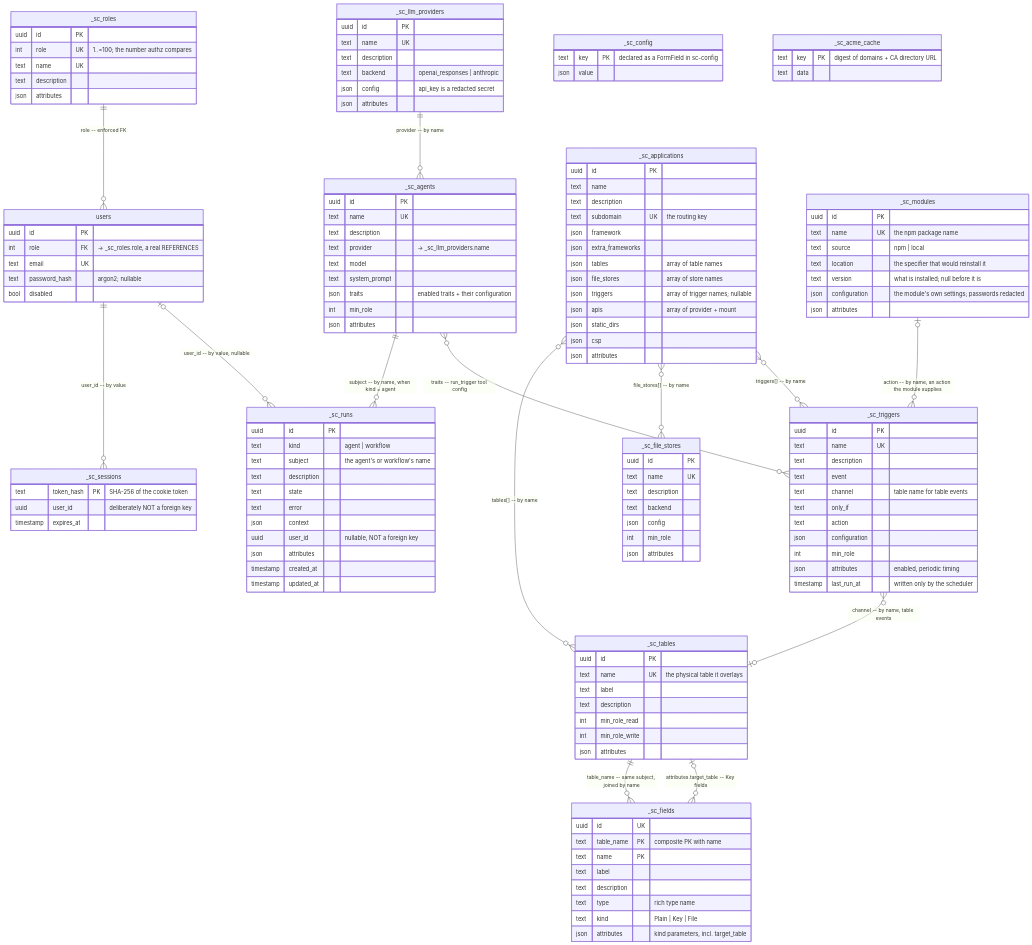
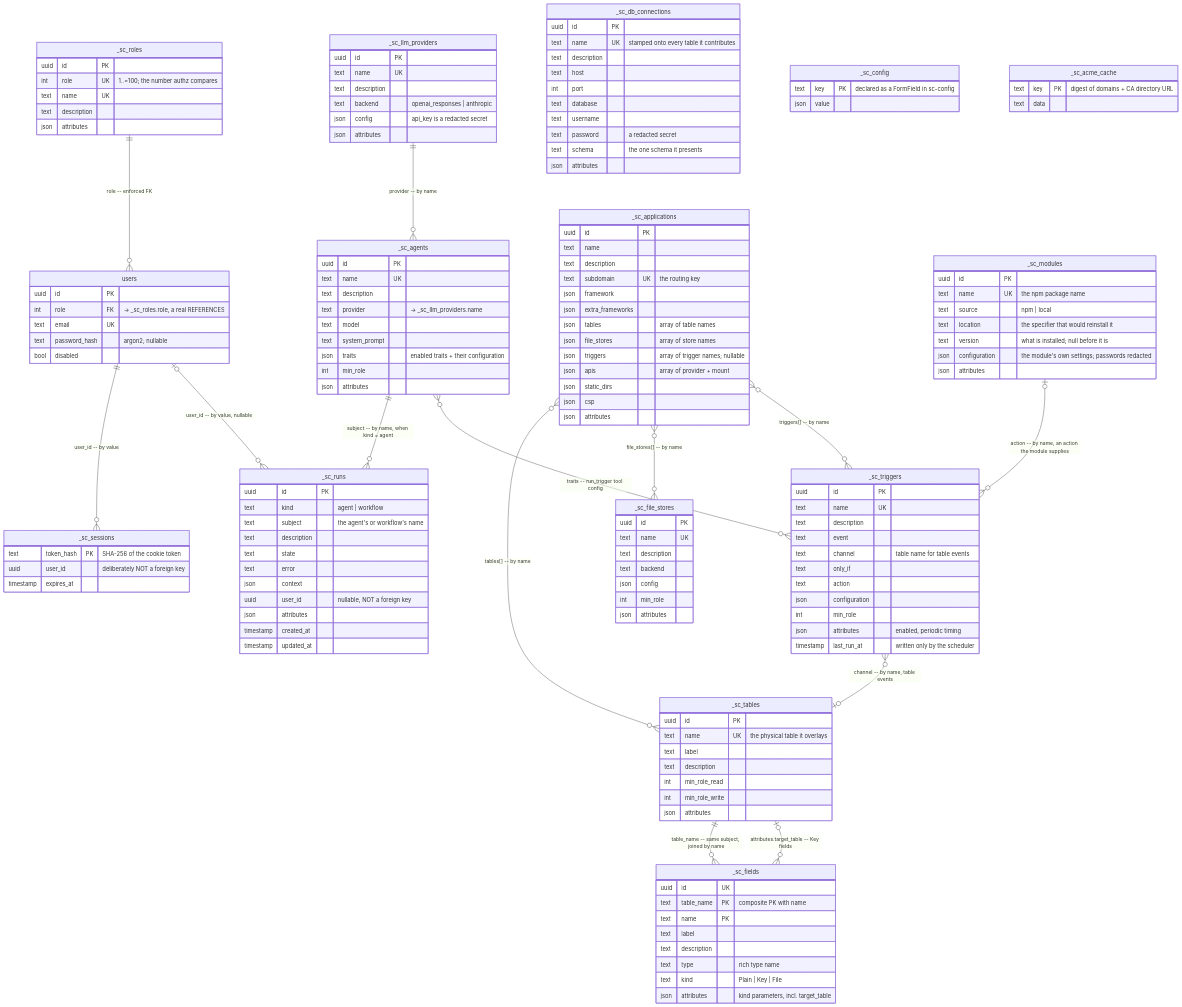
One commit to christianhugoch/feldspar changed the second of 2 diagrams in docs/TECHNICAL_DESIGN.md. Above: the diagram before and after it, drawn with Mermaid. The commit also changed other lines of this file and 35 other files, not shown here.

Commit message:
secondary database connections

```diff
--- a/docs/TECHNICAL_DESIGN.md
+++ b/docs/TECHNICAL_DESIGN.md
@@ -1122,6 +1164,18 @@
     json config "api_key is a redacted secret"
     json attributes
   }
+  DBCONN["_sc_db_connections"] {
+    uuid id PK
+    text name UK "stamped onto every table it contributes"
+    text description
+    text host
+    int port
+    text database
+    text username
+    text password "a redacted secret"
+    text schema "the one schema it presents"
+    json attributes
+  }
   STORES["_sc_file_stores"] {
     uuid id PK
     text name UK
```
